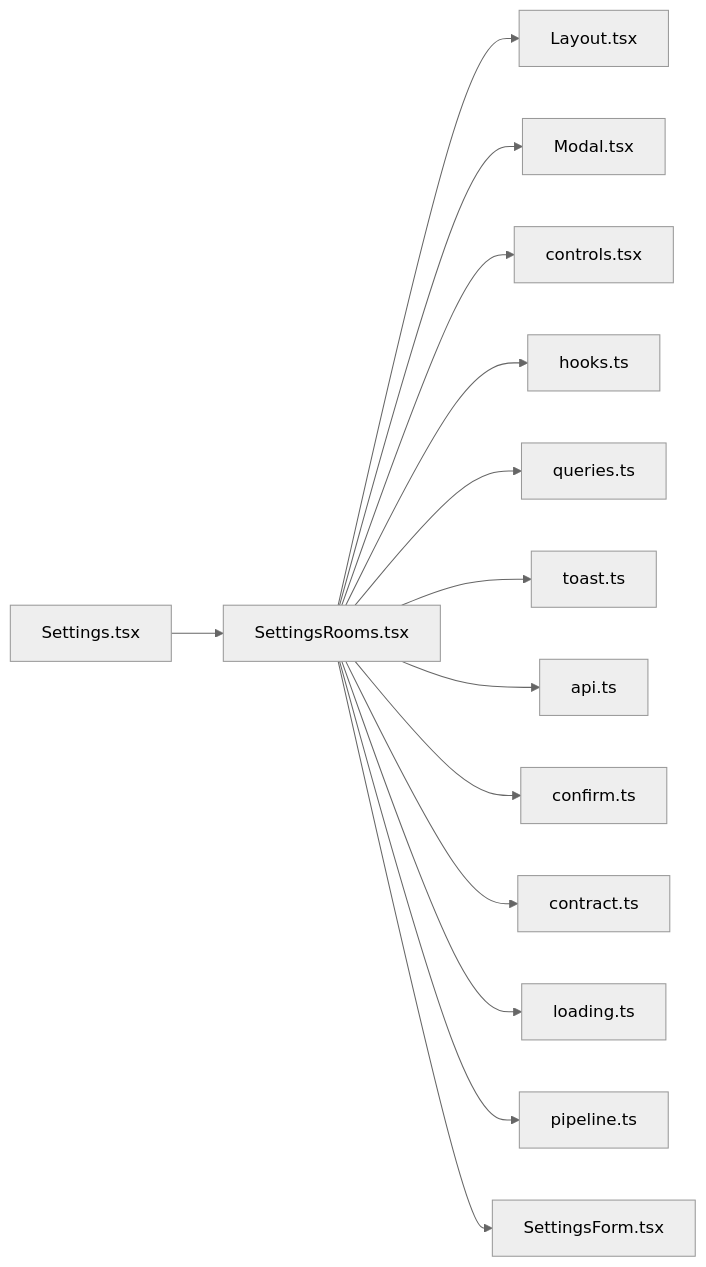
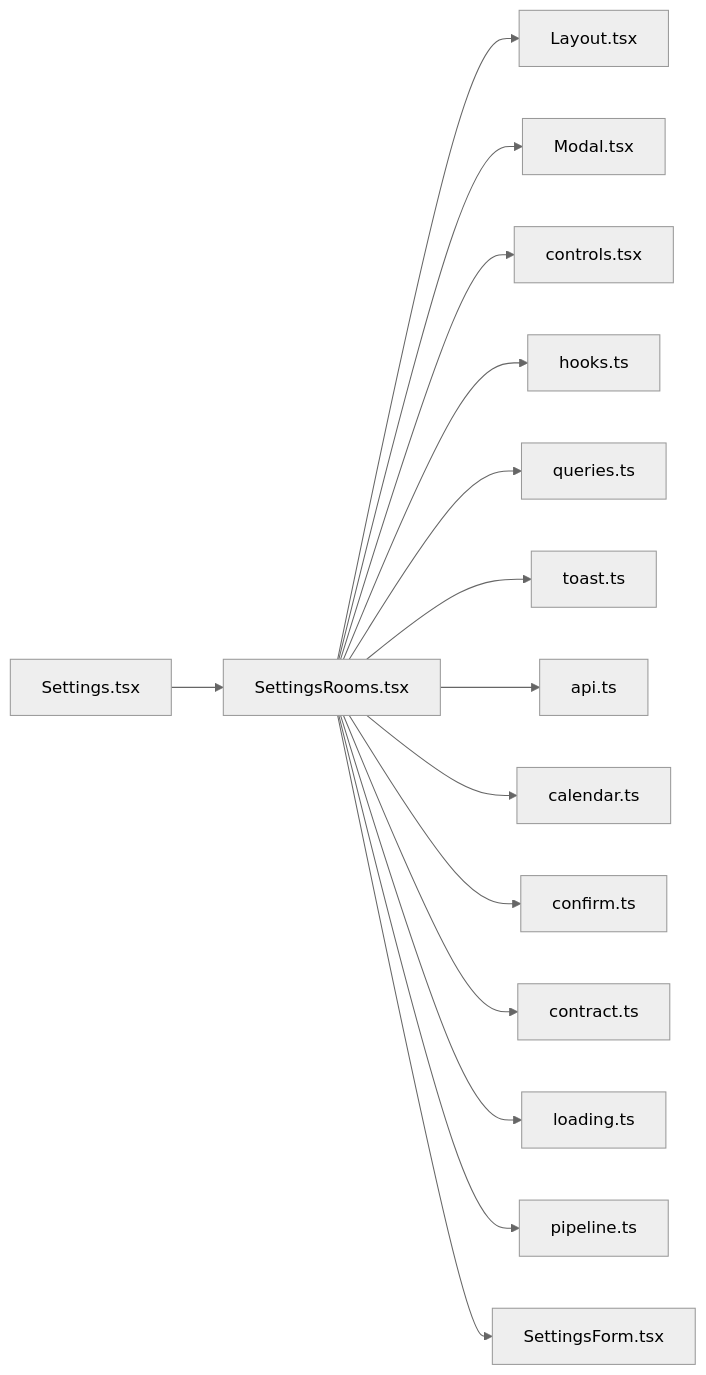
The diagram in .cluedoc/graph/frontend/src/routes/SettingsRooms.md (minkong-dev/Banblit), drawn with Mermaid (neutral theme) before and after one commit. The commit also changed other lines of this file and 56 other files, not shown here.

Commit message:
frontend: import pure lib functions from their own files instead of through pipeline

````diff
--- a/.cluedoc/graph/frontend/src/routes/SettingsRooms.md
+++ b/.cluedoc/graph/frontend/src/routes/SettingsRooms.md
@@ -10,17 +10,18 @@
 ```mermaid
 flowchart LR
   frontend_src_routes_SettingsRooms["SettingsRooms.tsx"]
   frontend_src_routes_SettingsRooms --> frontend_src_components_Layout["Layout.tsx"]
   frontend_src_routes_SettingsRooms --> frontend_src_components_Modal["Modal.tsx"]
   frontend_src_routes_SettingsRooms --> frontend_src_components_controls["controls.tsx"]
   frontend_src_routes_SettingsRooms --> frontend_src_components_hooks["hooks.ts"]
   frontend_src_routes_SettingsRooms --> frontend_src_components_queries["queries.ts"]
   frontend_src_routes_SettingsRooms --> frontend_src_components_toast["toast.ts"]
   frontend_src_routes_SettingsRooms --> frontend_src_lib_api["api.ts"]
+  frontend_src_routes_SettingsRooms --> frontend_src_lib_calendar["calendar.ts"]
   frontend_src_routes_SettingsRooms --> frontend_src_lib_confirm["confirm.ts"]
   frontend_src_routes_SettingsRooms --> frontend_src_lib_contract["contract.ts"]
   frontend_src_routes_SettingsRooms --> frontend_src_lib_loading["loading.ts"]
   frontend_src_routes_SettingsRooms --> frontend_src_lib_pipeline["pipeline.ts"]
   frontend_src_routes_SettingsRooms --> frontend_src_routes_SettingsForm["SettingsForm.tsx"]
   frontend_src_routes_Settings["Settings.tsx"] --> frontend_src_routes_SettingsRooms
 ```
````
